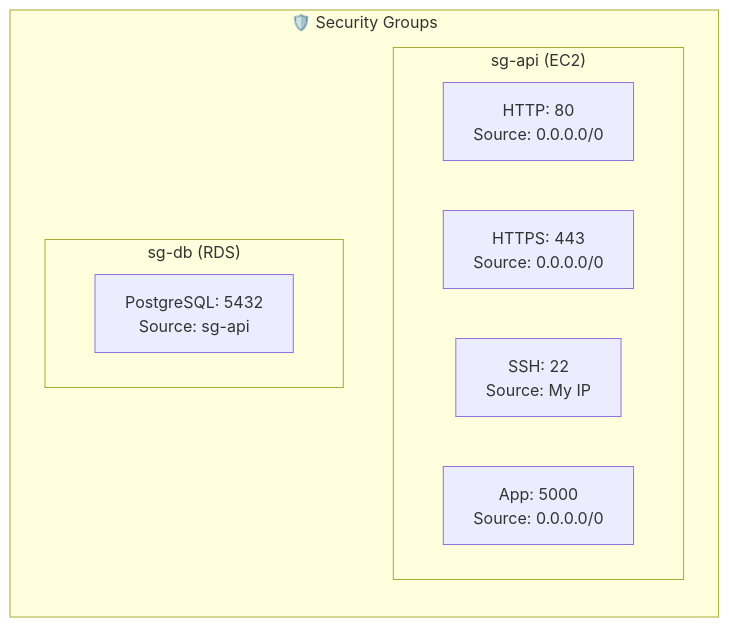
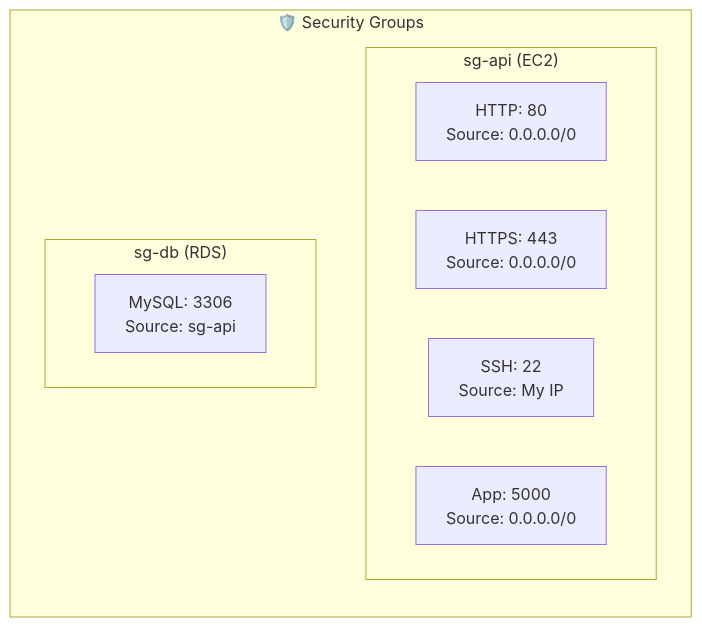
The third of 6 diagrams in DOCKER_AWS_README.md (d01ki/FE-master), drawn with Mermaid before and after one commit. The commit also changed other lines of this file and 9 other files, not shown here.

````diff
--- a/DOCKER_AWS_README.md
+++ b/DOCKER_AWS_README.md
@@ -71,15 +71,15 @@
 ```mermaid
 graph LR
     subgraph "🛡️ Security Groups"
         subgraph "sg-api (EC2)"
             HTTP[HTTP: 80<br/>Source: 0.0.0.0/0]
             HTTPS[HTTPS: 443<br/>Source: 0.0.0.0/0]
             SSH[SSH: 22<br/>Source: My IP]
             App[App: 5000<br/>Source: 0.0.0.0/0]
         end
         
         subgraph "sg-db (RDS)"
-            PostgreSQL[PostgreSQL: 5432<br/>Source: sg-api]
+            MySQL[MySQL: 3306<br/>Source: sg-api]
         end
     end
 ```
````
